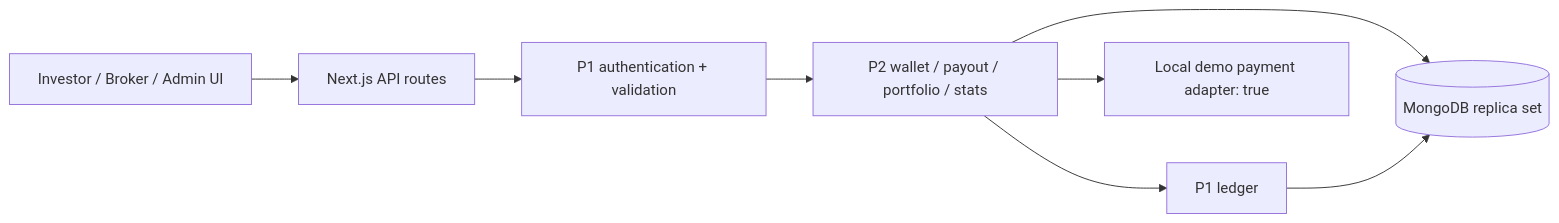
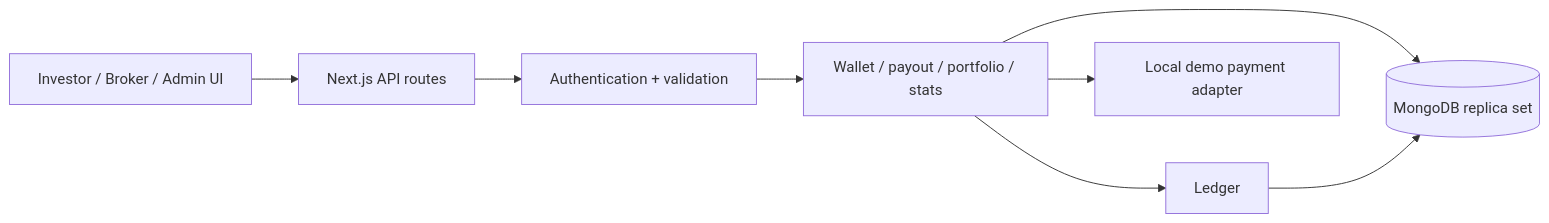
Before and after one commit to 0xarchit/estate-investment-portal: the diagram in README.md, drawn with Mermaid. The commit also changed other lines of this file, not shown here.

````diff
--- a/README.md
+++ b/README.md
@@ -38,10 +52,10 @@
 ```mermaid
 flowchart LR
   UI[Investor / Broker / Admin UI] --> API[Next.js API routes]
-  API --> Guard[P1 authentication + validation]
-  Guard --> P2[P2 wallet / payout / portfolio / stats]
-  P2 --> Ledger[P1 ledger]
-  P2 --> DB[(MongoDB replica set)]
+  API --> Guard[Authentication + validation]
+  Guard --> Svc[Wallet / payout / portfolio / stats]
+  Svc --> Ledger[Ledger]
+  Svc --> DB[(MongoDB replica set)]
   Ledger --> DB
-  P2 --> Demo[Local demo payment adapter: true]
+  Svc --> Demo[Local demo payment adapter]
 ```
````
